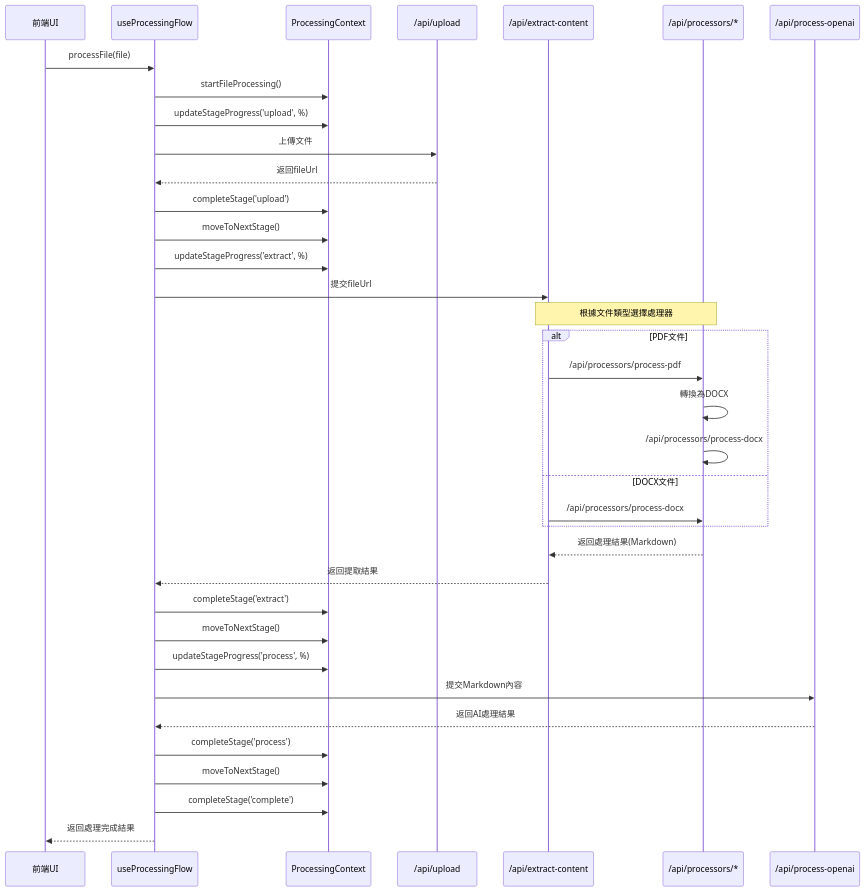
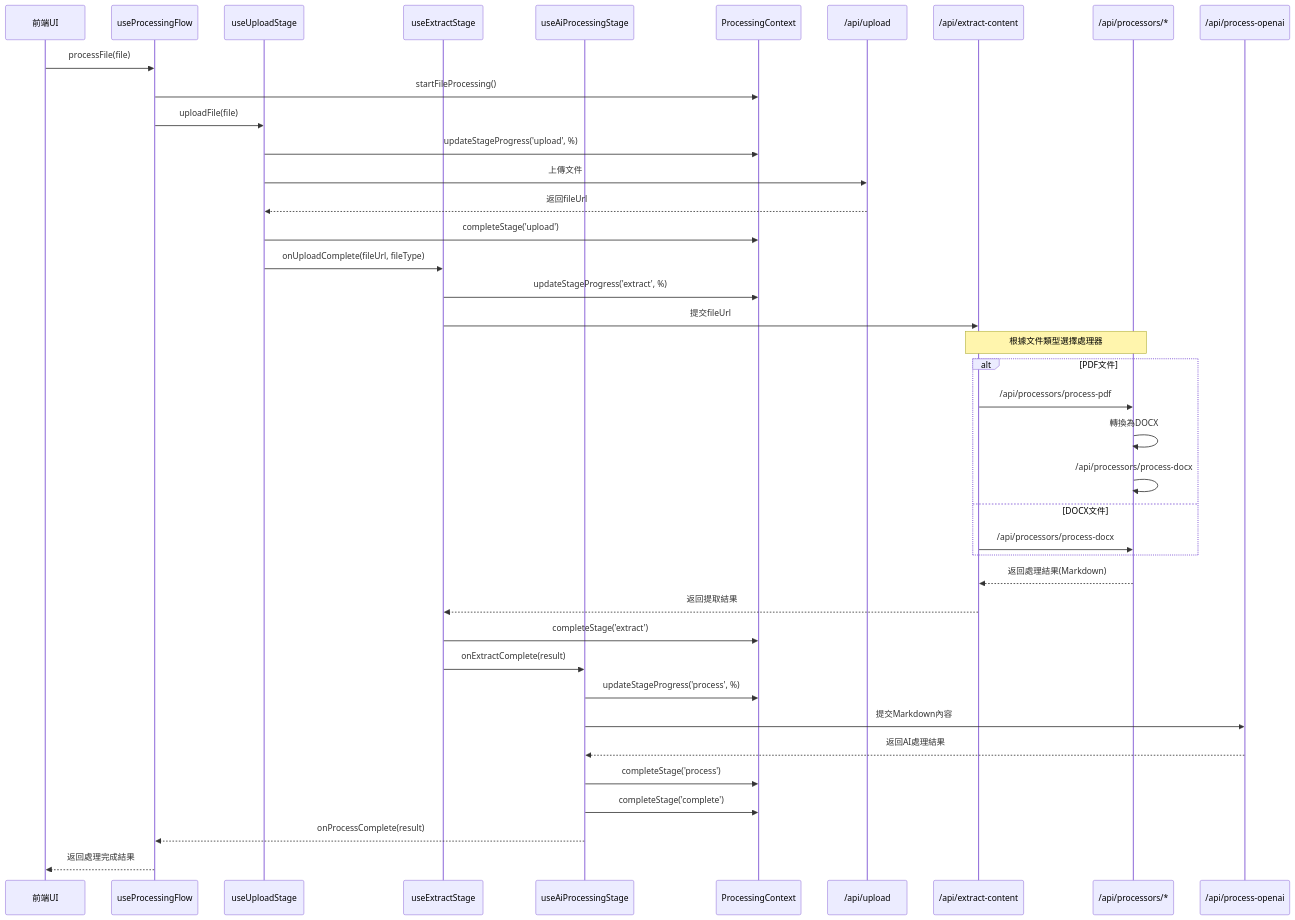
One commit to darwin7381/auto-article-tools changed the second of 4 diagrams in docs/processing-flow-analysis.md. Above: the diagram before and after it, drawn with Mermaid. The commit also changed other lines of this file and 6 other files, not shown here.

Commit message:
processing flow and display new docs

````diff
--- a/docs/processing-flow-analysis.md
+++ b/docs/processing-flow-analysis.md
@@ -54,42 +61,45 @@
 ```mermaid
 sequenceDiagram
     participant UI as 前端UI
     participant PF as useProcessingFlow
+    participant US as useUploadStage
+    participant ES as useExtractStage
+    participant AP as useAiProcessingStage
     participant PC as ProcessingContext
     participant Upload as /api/upload
     participant Extract as /api/extract-content
     participant Processor as /api/processors/*
     participant OpenAI as /api/process-openai
     
     UI->>PF: processFile(file)
     PF->>PC: startFileProcessing()
-    PF->>PC: updateStageProgress('upload', %)
-    PF->>Upload: 上傳文件
-    Upload-->>PF: 返回fileUrl
-    PF->>PC: completeStage('upload')
-    PF->>PC: moveToNextStage()
+    PF->>US: uploadFile(file)
+    US->>PC: updateStageProgress('upload', %)
+    US->>Upload: 上傳文件
+    Upload-->>US: 返回fileUrl
+    US->>PC: completeStage('upload')
+    US->>ES: onUploadComplete(fileUrl, fileType)
     
-    PF->>PC: updateStageProgress('extract', %)
-    PF->>Extract: 提交fileUrl
+    ES->>PC: updateStageProgress('extract', %)
+    ES->>Extract: 提交fileUrl
     Note over Extract,Processor: 根據文件類型選擇處理器
     alt PDF文件
         Extract->>Processor: /api/processors/process-pdf
         Processor->>Processor: 轉換為DOCX
         Processor->>Processor: /api/processors/process-docx
     else DOCX文件
         Extract->>Processor: /api/processors/process-docx
     end
     Processor-->>Extract: 返回處理結果(Markdown)
-    Extract-->>PF: 返回提取結果
-    PF->>PC: completeStage('extract')
-    PF->>PC: moveToNextStage()
+    Extract-->>ES: 返回提取結果
+    ES->>PC: completeStage('extract')
+    ES->>AP: onExtractComplete(result)
     
-    PF->>PC: updateStageProgress('process', %)
-    PF->>OpenAI: 提交Markdown內容
-    OpenAI-->>PF: 返回AI處理結果
-    PF->>PC: completeStage('process')
-    PF->>PC: moveToNextStage()
-    
-    PF->>PC: completeStage('complete')
+    AP->>PC: updateStageProgress('process', %)
+    AP->>OpenAI: 提交Markdown內容
+    OpenAI-->>AP: 返回AI處理結果
+    AP->>PC: completeStage('process')
+    AP->>PC: completeStage('complete')
+    AP-->>PF: onProcessComplete(result)
     PF-->>UI: 返回處理完成結果
 ```
````
